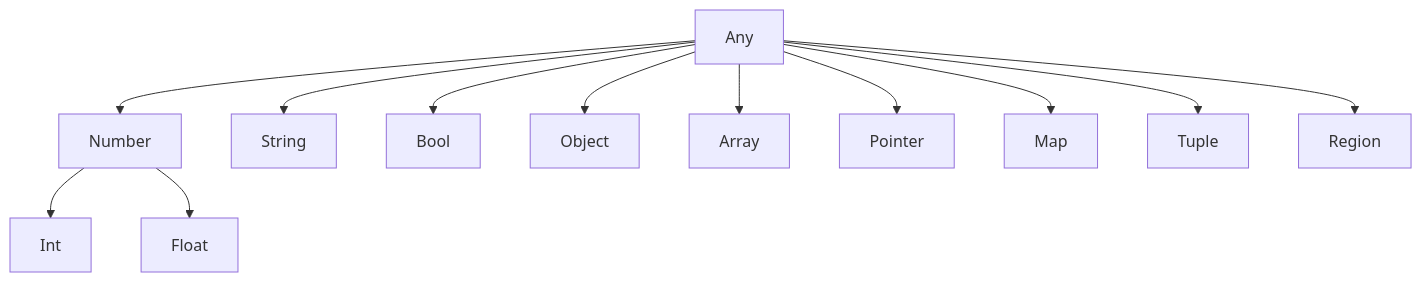
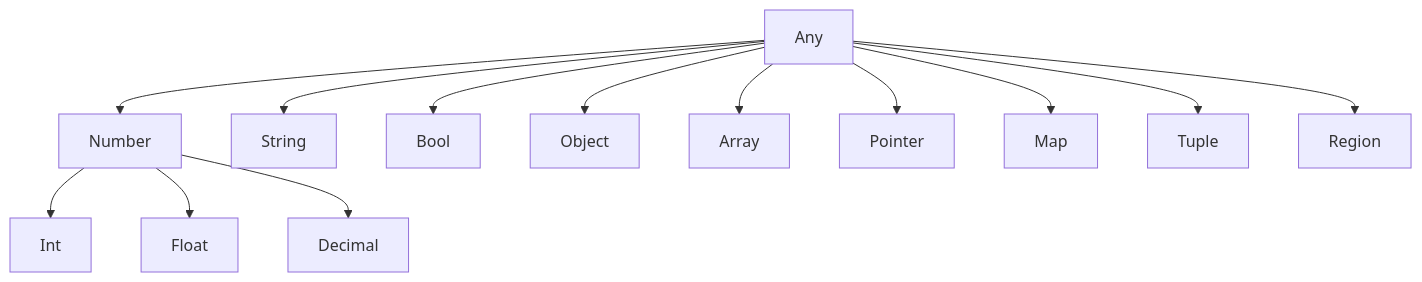
Before and after one commit to avishek-sen-gupta/red-dragon: the second of 12 diagrams in docs/type-system.md, drawn with Mermaid. The commit also changed other lines of this file and 12 other files, not shown here.

````diff
--- a/docs/type-system.md
+++ b/docs/type-system.md
@@ -269,27 +269,29 @@
 ```mermaid
 graph TD
     ANY["Any"]
     NUMBER["Number"]
     INT["Int"]
     FLOAT["Float"]
+    DECIMAL["Decimal"]
     STRING["String"]
     BOOL["Bool"]
     OBJECT["Object"]
     ARRAY["Array"]
     POINTER["Pointer"]
     MAP["Map"]
     TUPLE["Tuple"]
     REGION["Region"]
 
     ANY --> NUMBER
     ANY --> STRING
     ANY --> BOOL
     ANY --> OBJECT
     ANY --> ARRAY
     ANY --> POINTER
     ANY --> MAP
     ANY --> TUPLE
     ANY --> REGION
     NUMBER --> INT
     NUMBER --> FLOAT
+    NUMBER --> DECIMAL
 ```
````
